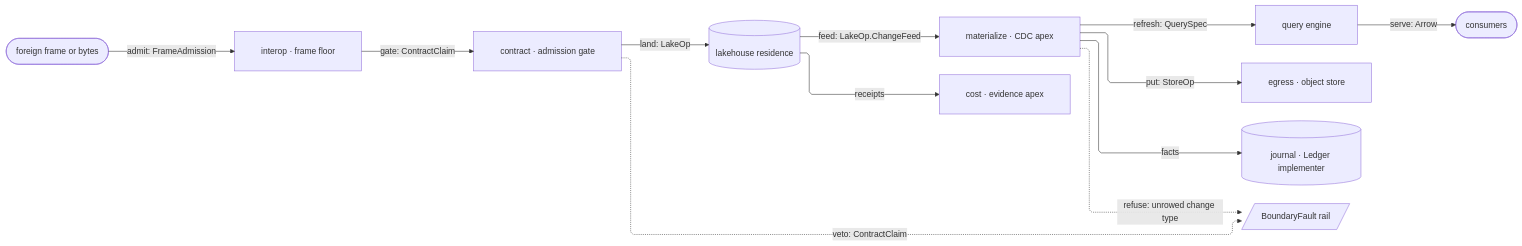
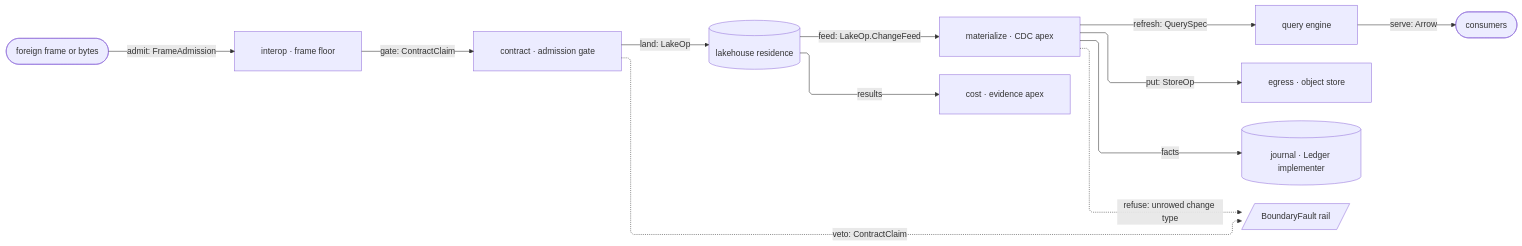
The fifth of 5 diagrams in libs/python/data/ARCHITECTURE.md (bsamiee/Rasm), drawn with Mermaid before and after one commit. The commit also changed other lines of this file and 1417 other files, not shown here.

````diff
--- a/libs/python/data/ARCHITECTURE.md
+++ b/libs/python/data/ARCHITECTURE.md
@@ -264,23 +264,23 @@
 ```mermaid
 ---
 config:
   layout: elk
   flowchart:
     curve: linear
     padding: 25
 ---
 flowchart LR
     accTitle: Data tabular interchange spine
-    accDescr: How a foreign frame admits, gates, lands, refreshes, and serves, with receipts and facts closing on the evidence apex.
+    accDescr: How a foreign frame admits, gates, lands, refreshes, and serves, with results and facts closing on the evidence apex.
     Foreign([foreign frame or bytes]) e1@-->|"admit: FrameAdmission"| Interop[interop · frame floor]
     Interop e2@-->|"gate: ContractClaim"| Contract[contract · admission gate]
     Contract e3@-->|"land: LakeOp"| Lakehouse[(lakehouse residence)]
     Lakehouse e4@-->|"feed: LakeOp.ChangeFeed"| Materialize[materialize · CDC apex]
     Materialize e5@-->|"refresh: QuerySpec"| Query[query engine]
     Materialize e6@-->|"put: StoreOp"| Egress[egress · object store]
     Query e7@-->|"serve: Arrow"| Consumers([consumers])
-    Lakehouse e8@-->|"receipts"| Cost[cost · evidence apex]
+    Lakehouse e8@-->|"results"| Cost[cost · evidence apex]
     Materialize e9@-->|"facts"| Journal[(journal · Ledger implementer)]
     Contract f1@-.->|"veto: ContractClaim"| Fault[/BoundaryFault rail/]
     Materialize f2@-.->|"refuse: unrowed change type"| Fault
 ```
````
